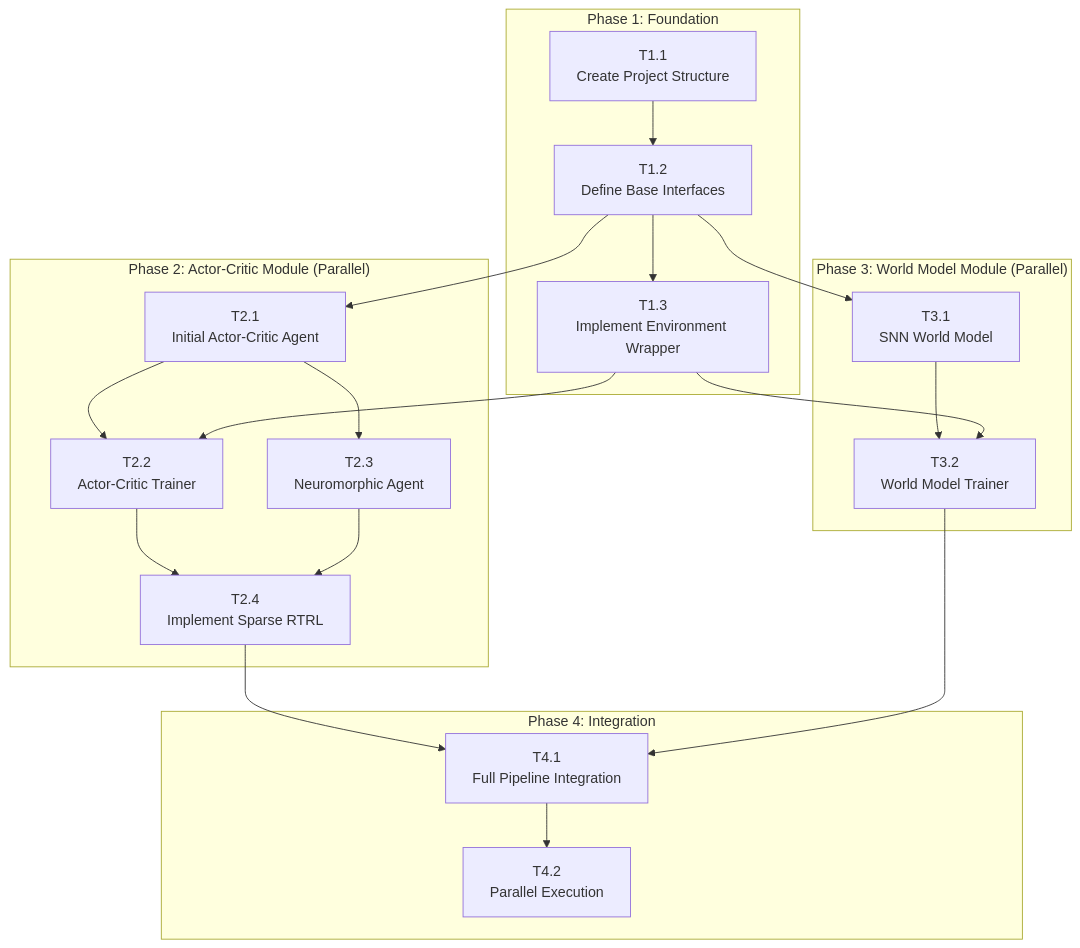
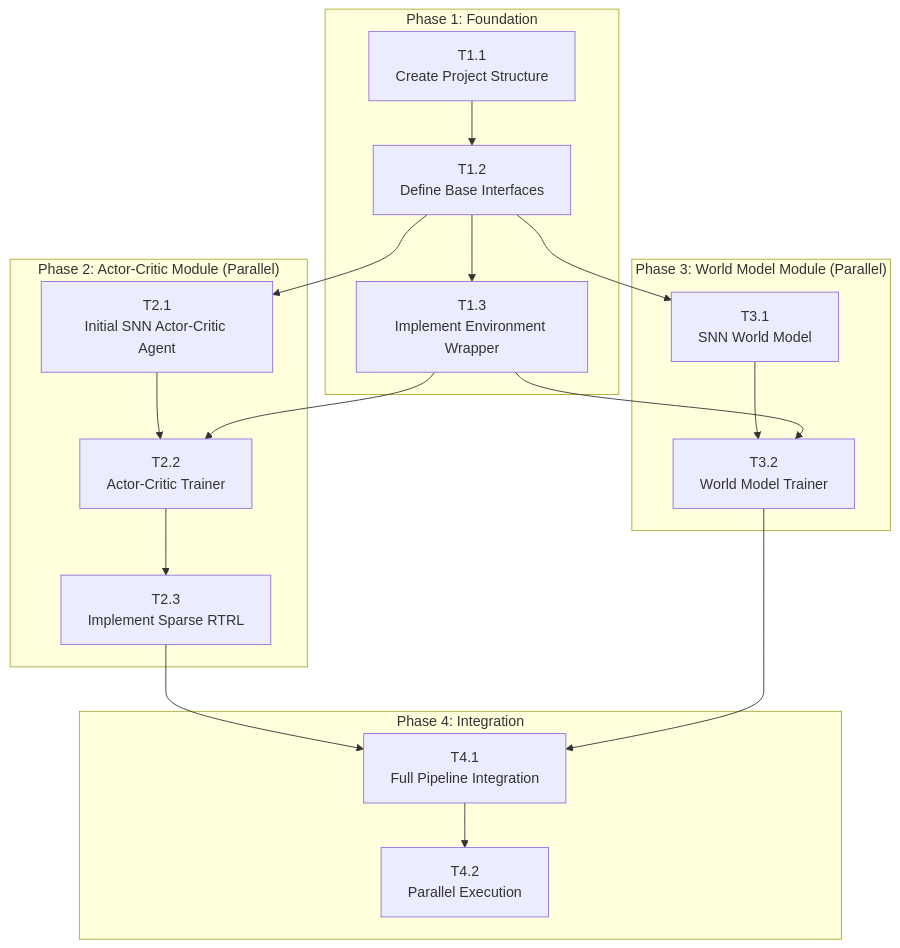
Before and after one commit to Alex-Vasilache/NMBRL: the second of 2 diagrams in README.md, drawn with Mermaid. The commit also changed other lines of this file and 3 other files, not shown here.

Commit message:
refactor(T2): Pivot directly to SNN agent implementation

````diff
--- a/README.md
+++ b/README.md
@@ -123,41 +121,38 @@
 ```mermaid
 graph TD;
     subgraph "Phase 1: Foundation"
         T1_1["T1.1<br/>Create Project Structure"];
         T1_2["T1.2<br/>Define Base Interfaces"];
         T1_3["T1.3<br/>Implement Environment Wrapper"];
         T1_1 --> T1_2 --> T1_3;
     end
 
     subgraph "Phase 2: Actor-Critic Module (Parallel)"
-        T2_1["T2.1<br/>Initial Actor-Critic Agent"];
+        T2_1["T2.1<br/>Initial SNN Actor-Critic Agent"];
         T2_2["T2.2<br/>Actor-Critic Trainer"];
-        T2_3["T2.3<br/>Neuromorphic Agent"];
-        T2_4["T2.4<br/>Implement Sparse RTRL"];
+        T2_3["T2.3<br/>Implement Sparse RTRL"];
         T2_1 --> T2_2;
-        T2_1 --> T2_3;
-        T2_2 --> T2_4;
-        T2_3 --> T2_4;
+        T2_2 --> T2_3;
     end
     
     subgraph "Phase 3: World Model Module (Parallel)"
         T3_1["T3.1<br/>SNN World Model"];
         T3_2["T3.2<br/>World Model Trainer"];
         T3_1 --> T3_2;
     end
     
     subgraph "Phase 4: Integration"
         T4_1["T4.1<br/>Full Pipeline Integration"];
         T4_2["T4.2<br/>Parallel Execution"];
         T4_1 --> T4_2;
     end
 
     T1_3 --> T2_2;
     T1_2 --> T2_1;
     
     T1_2 --> T3_1;
     T1_3 --> T3_2;
     
-    T2_4 --> T4_1;
+    T2_3 --> T4_1;
     T3_2 --> T4_1;
 ```
````
